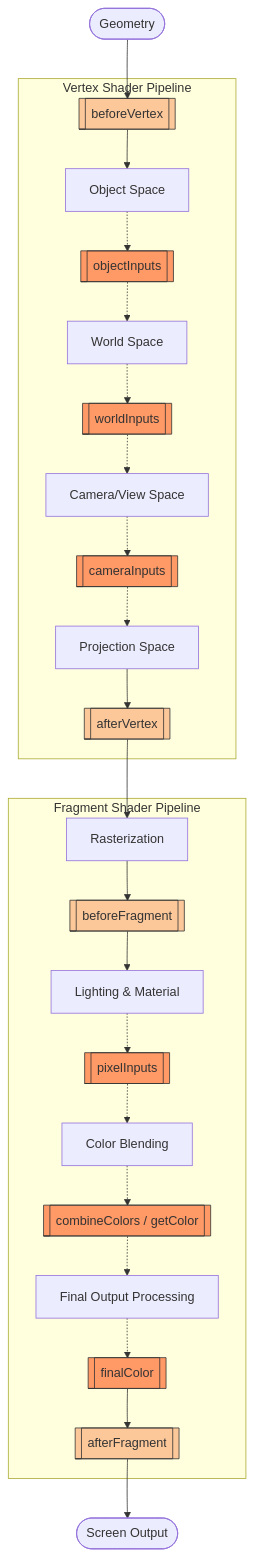
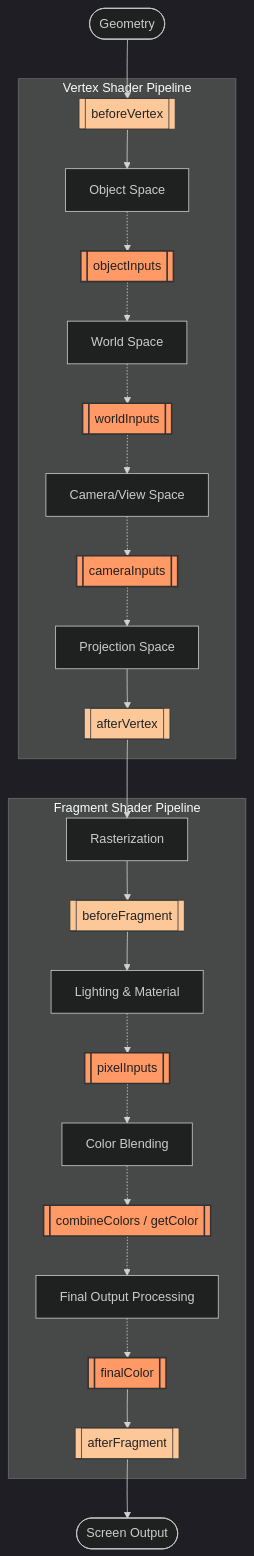
The diagram in src/content/tutorials/en/intro-to-p5-strands.mdx (nbogie/p5.js-website), drawn with Mermaid before and after one commit. The commit also changed other lines of this file, not shown here.

Commit message:
update pipeline diagram

````diff
--- a/src/content/tutorials/en/intro-to-p5-strands.mdx
+++ b/src/content/tutorials/en/intro-to-p5-strands.mdx
@@ -814,37 +820,40 @@
 ```mermaid
+%%{init: {'theme': 'dark'}}%%
 flowchart TD
+  classDef hooklesser fill:#fcc89a,stroke:#333,color:#222;
+  classDef hook fill:#f96,stroke:#333,stroke-width:2px,color:#202020;
   Start([Geometry]) --> BV
 
   subgraph Vertex_Shader ["Vertex Shader Pipeline"]
       BV[[beforeVertex]] --> OBJ[Object Space]
       OBJ -.-> INOBJ[[objectInputs]]
       INOBJ -.-> WORLD[World Space]
       WORLD -.-> INWLD[[worldInputs]]
       INWLD -.-> CAM[Camera/View Space]
       CAM -.-> INCAM[[cameraInputs]]
       INCAM -.-> PROJ[Projection Space]
       PROJ --> AV[[afterVertex]]
   end
   AV --> Raster[Rasterization]
   subgraph Fragment_Shader ["Fragment Shader Pipeline"]
       Raster --> BF[[beforeFragment]]
       BF --> L_MAT[Lighting & Material]
       L_MAT -.-> INPIX[[pixelInputs]]
       INPIX -.-> BLEND[Color Blending]
       BLEND -.-> COMB[[combineColors / getColor]]
       COMB -.-> FIN[Final Output Processing]
-      FIN -.-> FCOL[[finalColor]]
-      FCOL --> AF[[afterFragment]]
+      FIN -.-> FCOLR[[finalColor]]
+      FCOLR --> AF[[afterFragment]]
   end
   AF --> End([Screen Output])
-  style BV fill:#fcc89a,stroke:#333
-  style AV fill:#fcc89a,stroke:#333
-  style BF fill:#fcc89a,stroke:#333
-  style AF fill:#fcc89a,stroke:#333
-  style INOBJ fill:#f96,stroke:#333
-  style INWLD fill:#f96,stroke:#333
-  style INCAM fill:#f96,stroke:#333
-  style INPIX fill:#f96,stroke:#333
-  style COMB fill:#f96,stroke:#333
-  style FCOL fill:#f96,stroke:#333
+  
+  click INOBJ "https://beta.p5js.org/reference/#/p5.Shader" "p5.js Shader Reference"
+  click INWLD "https://beta.p5js.org/reference/#/p5.Shader" "p5.js Shader Reference"
+  click INCAM "https://beta.p5js.org/reference/#/p5.Shader" "p5.js Shader Reference"
+  click INPIX "https://beta.p5js.org/reference/#/p5.Shader" "p5.js Shader Reference"
+  click FCOLR "https://beta.p5js.org/reference/#/p5.Shader" "p5.js Shader Reference"
+
+  class INOBJ,INWLD,INCAM,INPIX,COMB,FCOLR hook
+  class BV,AV,BF,AF hooklesser
+
 ```
````
